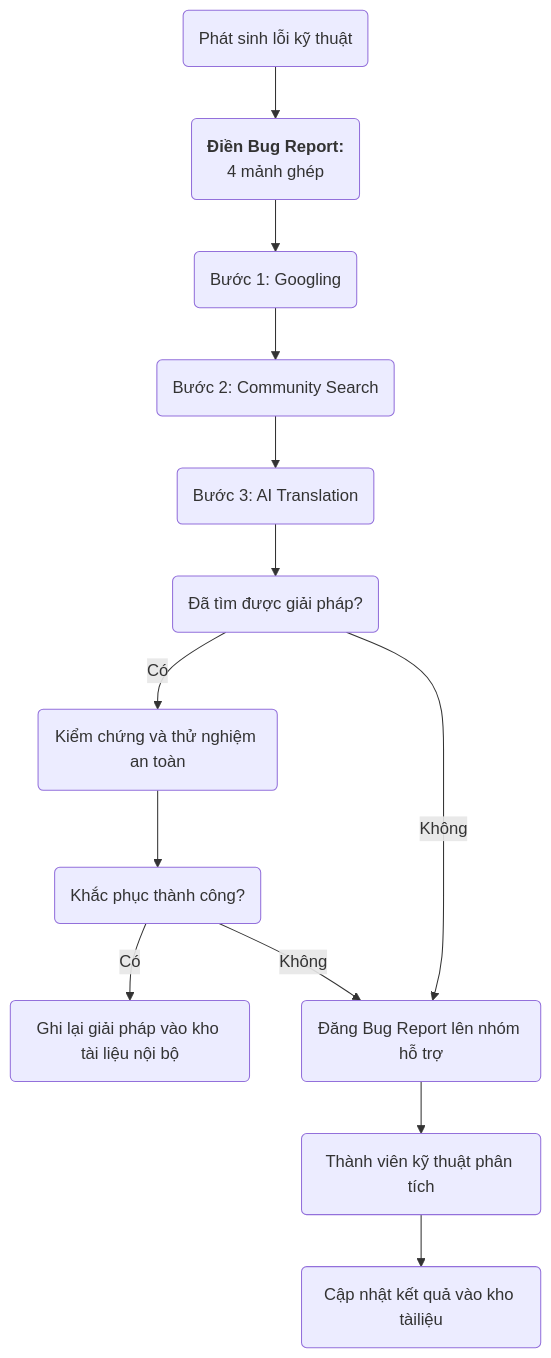
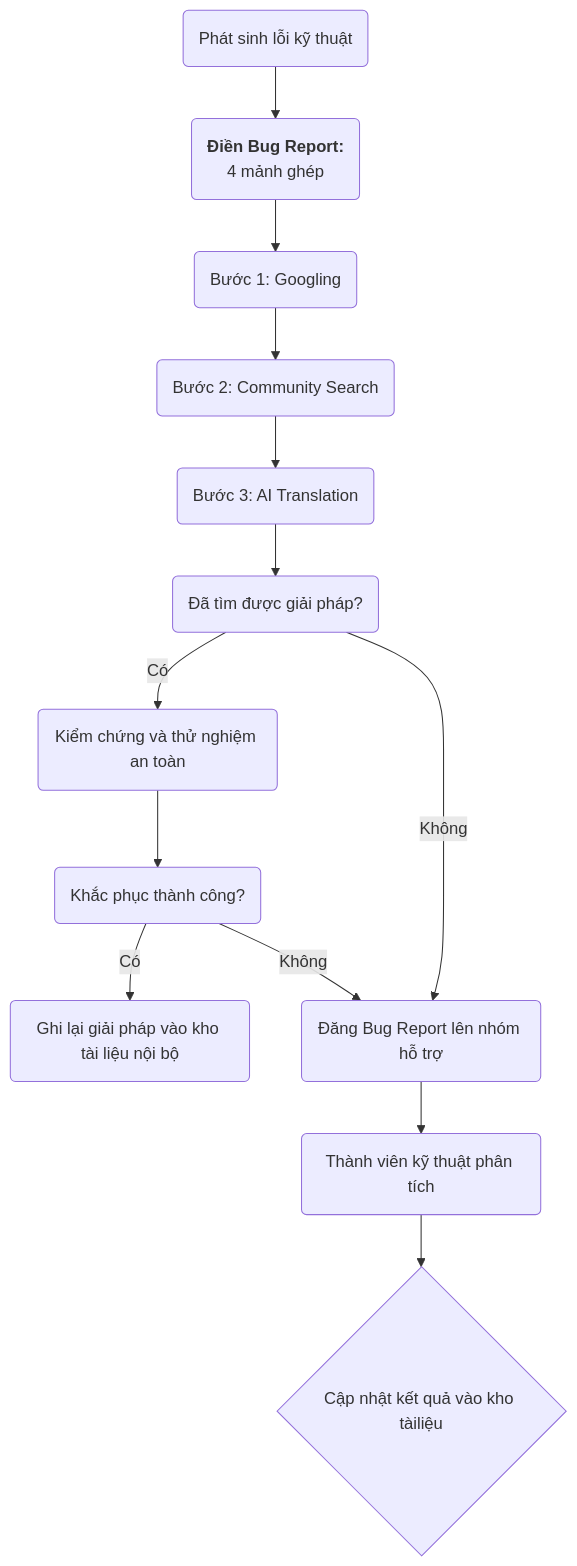
One commit to Duyanh2k8/HCM-KS26-CNTT1_NMCNTT_Session22_Ex05 changed the diagram in README.md. Above: the diagram before and after it, drawn with Mermaid.

Commit message:
Fix formatting in README.md for result update step

````diff
--- a/README.md
+++ b/README.md
@@ -79,15 +79,15 @@
 ```mermaid
 flowchart TD
   A("Phát sinh lỗi kỹ thuật") --> B("<b>Điền Bug Report:</b></br>4 mảnh ghép")
   B --> C("Bước 1: Googling")
   C --> D("Bước 2: Community Search")
   D --> E("Bước 3: AI Translation")
   E --> F("Đã tìm được giải pháp?")
   F --> |Có| G("Kiểm chứng và thử nghiệm an toàn")
   G --> H("Khắc phục thành công?")
   H --> |Có| I("Ghi lại giải pháp vào kho tài liệu nội bộ")
   H --> |Không| J("Đăng Bug Report lên nhóm hỗ trợ")
   F --> |Không| J("Đăng Bug Report lên nhóm hỗ trợ")
   J --> K("Thành viên kỹ thuật phân tích")
-  K --> L("Cập nhật kết quả vào kho tàiliệu")
+  K --> L{"Cập nhật kết quả vào kho tàiliệu"}
 ```
````
